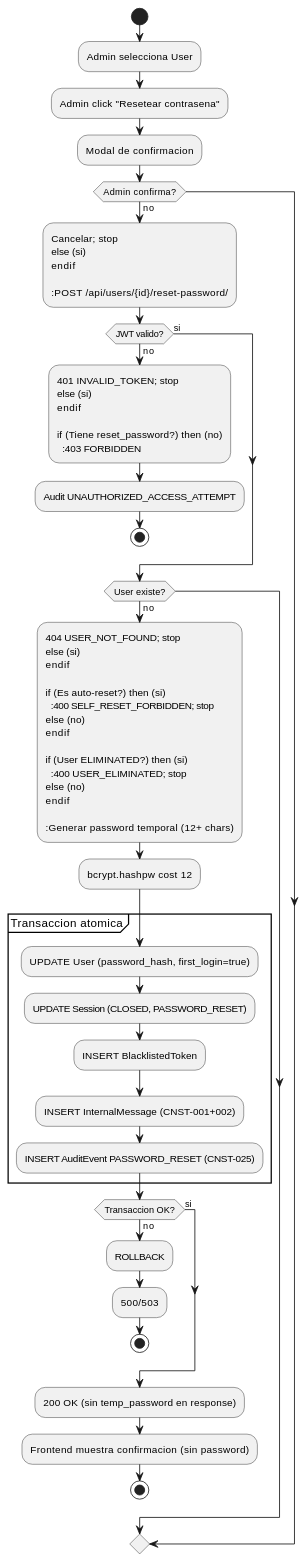
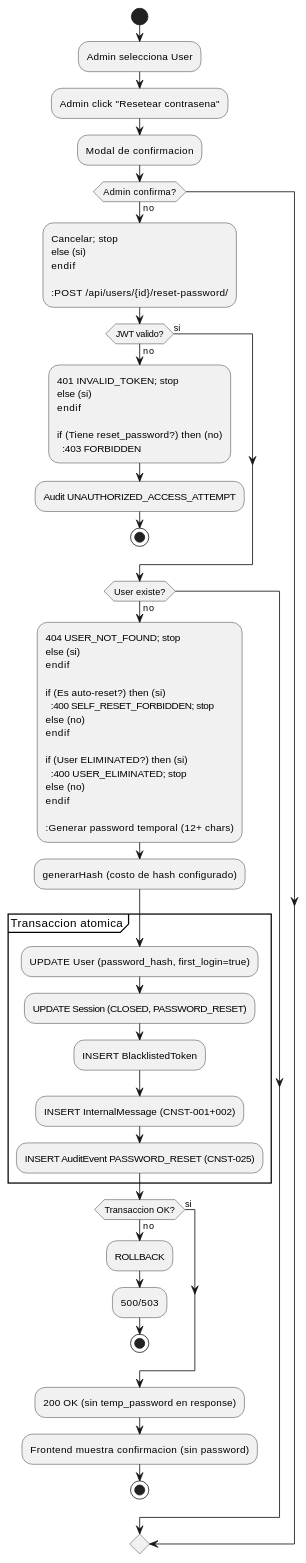
The third of 4 diagrams in source/requisitos/casos-uso/auth/uc-auth-03/diagramas-uml.rst (jcg-admin/IACT-docs), drawn with PlantUML before and after one commit. The commit also changed 21 other files, not shown here.

```diff
--- a/source/requisitos/casos-uso/auth/uc-auth-03/diagramas-uml.rst
+++ b/source/requisitos/casos-uso/auth/uc-auth-03/diagramas-uml.rst
@@ -99,69 +99,69 @@
 .. uml::
  :caption: UC_AUTH_03 — actividad
 
  @startuml
 
  start
 
  :Admin selecciona User;
  :Admin click "Resetear contrasena";
  :Modal de confirmacion;
 
  if (Admin confirma?) then (no)
    :Cancelar; stop
  else (si)
  endif
 
  :POST /api/users/{id}/reset-password/;
 
  if (JWT valido?) then (no)
    :401 INVALID_TOKEN; stop
  else (si)
  endif
 
  if (Tiene reset_password?) then (no)
    :403 FORBIDDEN;
    :Audit UNAUTHORIZED_ACCESS_ATTEMPT;
    stop
  else (si)
  endif
 
  if (User existe?) then (no)
    :404 USER_NOT_FOUND; stop
  else (si)
  endif
 
  if (Es auto-reset?) then (si)
    :400 SELF_RESET_FORBIDDEN; stop
  else (no)
  endif
 
  if (User ELIMINATED?) then (si)
    :400 USER_ELIMINATED; stop
  else (no)
  endif
 
  :Generar password temporal (12+ chars);
- :bcrypt.hashpw cost 12;
+ :generarHash (costo de hash configurado);
 
  partition "Transaccion atomica" {
    :UPDATE User (password_hash, first_login=true);
    :UPDATE Session (CLOSED, PASSWORD_RESET);
    :INSERT BlacklistedToken;
    :INSERT InternalMessage (CNST-001+002);
    :INSERT AuditEvent PASSWORD_RESET (CNST-025);
  }
 
  if (Transaccion OK?) then (no)
    :ROLLBACK;
    :500/503;
    stop
  else (si)
  endif
 
  :200 OK (sin temp_password en response);
  :Frontend muestra confirmacion (sin password);
 
  stop
 
  @enduml
```
